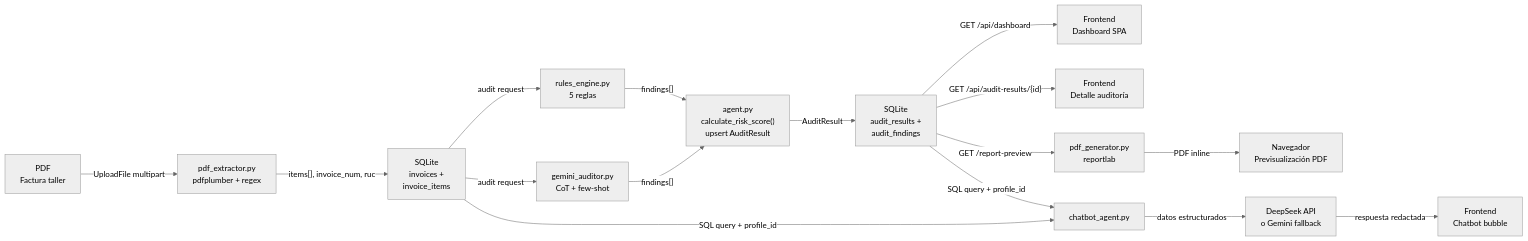
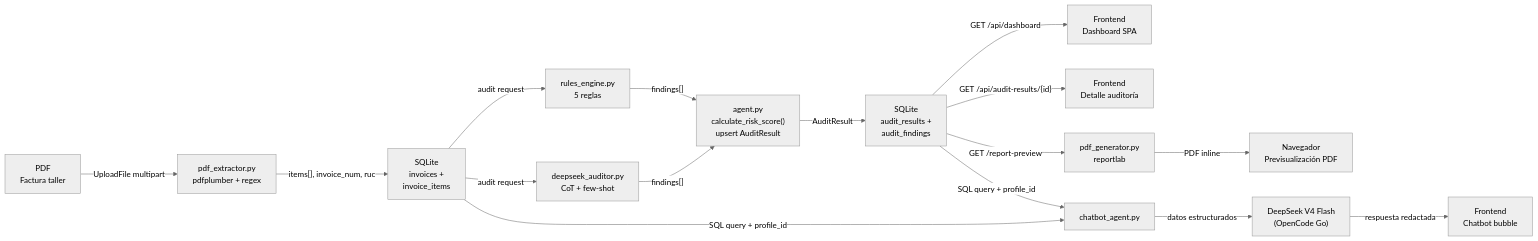
The third of 3 diagrams in docs/diagramas/diagrama_stack.md (yosuSALA/Final-reto), drawn with Mermaid (neutral theme) before and after one commit. The commit also changed other lines of this file and 46 other files, not shown here.

Commit message:
Demo final: arranque portable, generador manual/auto, auditoria IA DeepSeek, guia paso a paso corregida, docs actualizados

````diff
--- a/docs/diagramas/diagrama_stack.md
+++ b/docs/diagramas/diagrama_stack.md
@@ -74,20 +74,20 @@
 ```mermaid
 flowchart LR
     PDF["PDF\nFactura taller"] -->|"UploadFile multipart"| EXTRACT["pdf_extractor.py\npdfplumber + regex"]
     EXTRACT -->|"items[], invoice_num, ruc"| DB_INV["SQLite\ninvoices +\ninvoice_items"]
 
     DB_INV -->|"audit request"| RULES["rules_engine.py\n5 reglas"]
-    DB_INV -->|"audit request"| GEMINI_AUD["gemini_auditor.py\nCoT + few-shot"]
+    DB_INV -->|"audit request"| DS_AUD["deepseek_auditor.py\nCoT + few-shot"]
 
-    RULES & GEMINI_AUD -->|"findings[]"| AGENT["agent.py\ncalculate_risk_score()\nupsert AuditResult"]
+    RULES & DS_AUD -->|"findings[]"| AGENT["agent.py\ncalculate_risk_score()\nupsert AuditResult"]
     AGENT -->|"AuditResult"| DB_AUDIT["SQLite\naudit_results +\naudit_findings"]
 
     DB_AUDIT -->|"GET /api/dashboard"| DASH["Frontend\nDashboard SPA"]
     DB_AUDIT -->|"GET /api/audit-results/{id}"| DETAIL["Frontend\nDetalle auditoría"]
     DB_AUDIT -->|"GET /report-preview"| PDF_GEN["pdf_generator.py\nreportlab"]
     PDF_GEN -->|"PDF inline"| BROWSER["Navegador\nPrevisualización PDF"]
 
     DB_INV & DB_AUDIT -->|"SQL query + profile_id"| CHATBOT["chatbot_agent.py"]
-    CHATBOT -->|"datos estructurados"| DEEPSEEK["DeepSeek API\no Gemini fallback"]
+    CHATBOT -->|"datos estructurados"| DEEPSEEK["DeepSeek V4 Flash\n(OpenCode Go)"]
     DEEPSEEK -->|"respuesta redactada"| BOT_UI["Frontend\nChatbot bubble"]
 ```
````
